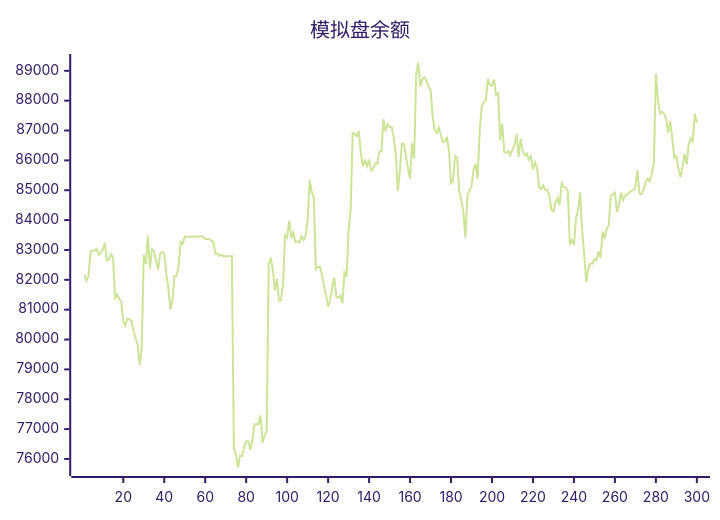
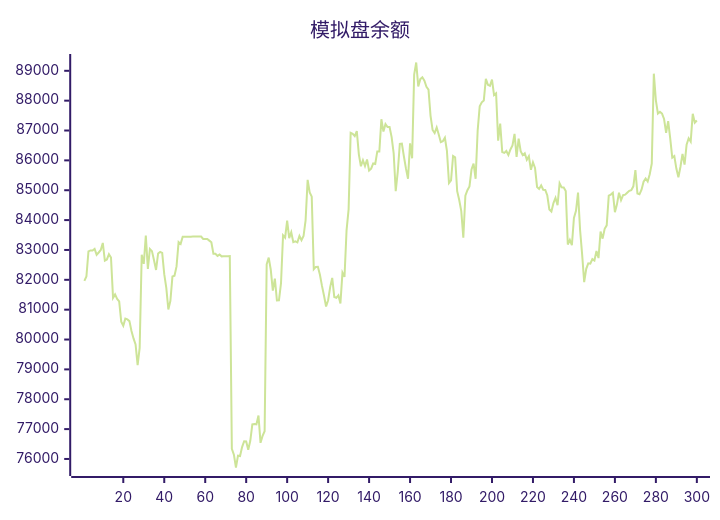
The diagram in README.md (aahl/ai-trading), drawn with Mermaid (forest theme) before and after one commit. The commit also changed other lines of this file and 1 other file, not shown here.

````diff
--- a/README.md
+++ b/README.md
@@ -5,5 +5,5 @@
 ```mermaid
 xychart
     title "模拟盘余额"
-    line [82166,81963,82110,82951,82983,82984,83038,82838,82915,82998,83235,82642,82682,82858,82746,81396,81512,81362,81277,80600,80461,80699,80673,80616,80288,80038,79836,79142,79722,82837,82533,83480,82366,83032,82960,82654,82330,82883,82934,82901,82188,81728,81005,81298,82110,82135,82449,83264,83203,83440,83439,83440,83440,83446,83447,83448,83447,83448,83449,83369,83369,83369,83313,83256,82872,82873,82801,82844,82785,82791,82791,82793,82794,76339,76145,75714,76110,76096,76397,76594,76585,76310,76607,77160,77170,77160,77456,76541,76774,76927,82520,82744,82337,81639,82040,81307,81314,81887,83490,83414,83984,83396,83594,83261,83287,83253,83470,83327,83465,83987,85348,84930,84786,82355,82433,82438,82167,81795,81466,81105,81315,81756,82064,81426,81398,81481,81210,82242,82099,83658,84359,86925,86892,86814,86980,86203,85802,86003,85811,86028,85657,85721,85896,85880,86300,86299,87378,86965,87214,87115,87118,86780,86238,84966,85623,86555,86562,86129,85722,85387,86569,86070,88870,89278,88477,88720,88781,88668,88467,88372,87493,87018,86917,87102,86870,86613,86644,86758,86317,85242,85334,86149,86106,84968,84671,84302,83410,84816,85001,85127,85693,85891,85384,87001,87811,87945,88007,88734,88528,88495,88705,88189,88248,86662,87234,86279,86251,86314,86177,86364,86503,86886,86114,86731,86310,86176,86240,86017,86136,85685,85938,85749,85111,85044,85164,85016,85008,84824,84354,84287,84572,84745,84500,85234,85096,85095,84970,83180,83338,83157,84070,84309,84922,83667,82850,81924,82369,82552,82539,82695,82648,82962,82728,83619,83378,83710,83825,84819,84854,84917,84265,84527,84919,84668,84834,84850,84916,84981,85004,85131,85674,84891,84864,85019,85284,85393,85294,85538,85894,88904,88012,87567,87625,87568,87386,86920,87313,86737,86094,86143,85725,85437,85787,86219,85859,86526,86740,86630,87563,87264]
+    line [81963,82110,82951,82983,82984,83038,82838,82915,82998,83235,82642,82682,82858,82746,81396,81512,81362,81277,80600,80461,80699,80673,80616,80288,80038,79836,79142,79722,82837,82533,83480,82366,83032,82960,82654,82330,82883,82934,82901,82188,81728,81005,81298,82110,82135,82449,83264,83203,83440,83439,83440,83440,83446,83447,83448,83447,83448,83449,83369,83369,83369,83313,83256,82872,82873,82801,82844,82785,82791,82791,82793,82794,76339,76145,75714,76110,76096,76397,76594,76585,76310,76607,77160,77170,77160,77456,76541,76774,76927,82520,82744,82337,81639,82040,81307,81314,81887,83490,83414,83984,83396,83594,83261,83287,83253,83470,83327,83465,83987,85348,84930,84786,82355,82433,82438,82167,81795,81466,81105,81315,81756,82064,81426,81398,81481,81210,82242,82099,83658,84359,86925,86892,86814,86980,86203,85802,86003,85811,86028,85657,85721,85896,85880,86300,86299,87378,86965,87214,87115,87118,86780,86238,84966,85623,86555,86562,86129,85722,85387,86569,86070,88870,89278,88477,88720,88781,88668,88467,88372,87493,87018,86917,87102,86870,86613,86644,86758,86317,85242,85334,86149,86106,84968,84671,84302,83410,84816,85001,85127,85693,85891,85384,87001,87811,87945,88007,88734,88528,88495,88705,88189,88248,86662,87234,86279,86251,86314,86177,86364,86503,86886,86114,86731,86310,86176,86240,86017,86136,85685,85938,85749,85111,85044,85164,85016,85008,84824,84354,84287,84572,84745,84500,85234,85096,85095,84970,83180,83338,83157,84070,84309,84922,83667,82850,81924,82369,82552,82539,82695,82648,82962,82728,83619,83378,83710,83825,84819,84854,84917,84265,84527,84919,84668,84834,84850,84916,84981,85004,85131,85674,84891,84864,85019,85284,85393,85294,85538,85894,88904,88012,87567,87625,87568,87386,86920,87313,86737,86094,86143,85725,85437,85787,86219,85859,86526,86740,86630,87563,87264,87335]
 ```
````
